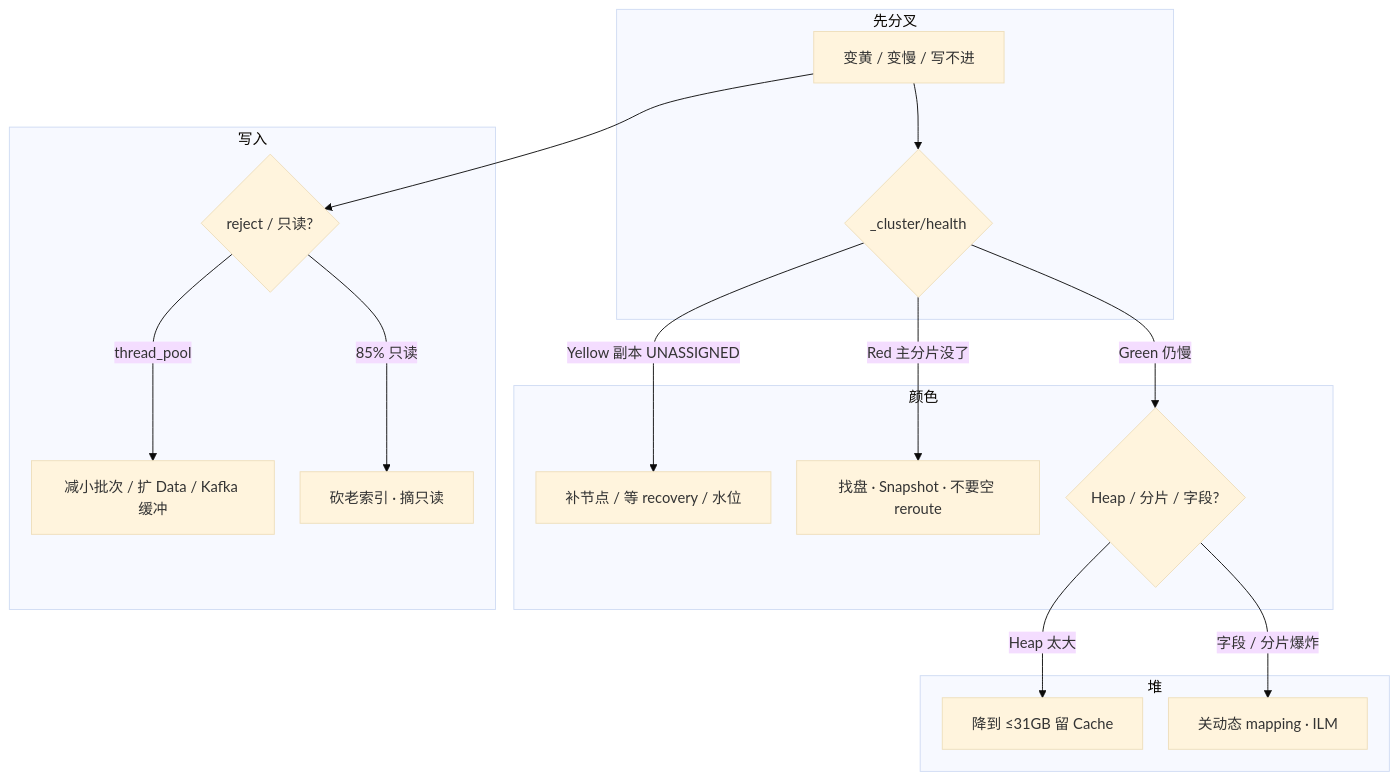
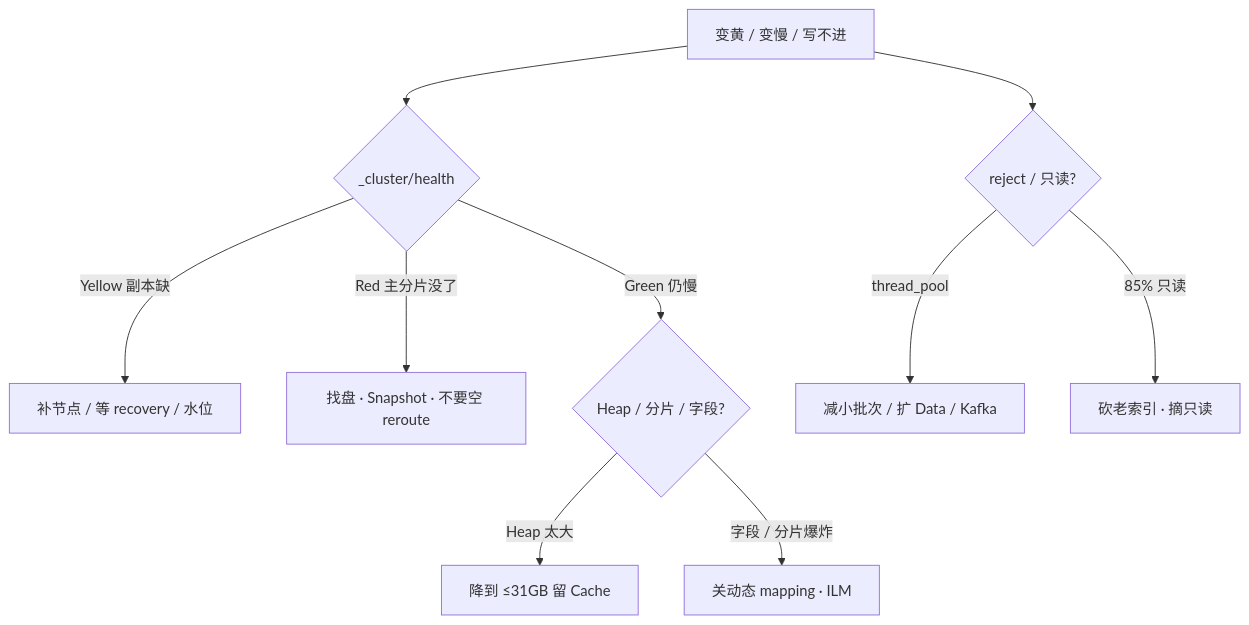
The sixth of 6 diagrams in 02-中间件与数据库/04-Elasticsearch/知识点.md (ml-cuizijun/LearnToLilith), drawn with Mermaid before and after one commit. The commit also changed other lines of this file and 178 other files, not shown here.

````diff
--- a/02-中间件与数据库/04-Elasticsearch/知识点.md
+++ b/02-中间件与数据库/04-Elasticsearch/知识点.md
@@ -654,28 +452,12 @@
 ```mermaid
-%%{init: {"flowchart": {"padding": 16, "nodeSpacing": 28, "rankSpacing": 48}, "theme": "base"}}%%
 flowchart TB
-    subgraph gate ["先分叉"]
-        A[变黄 / 变慢 / 写不进] --> B{_cluster/health}
-    end
-
-    subgraph color ["颜色"]
-        B -->|Yellow 副本 UNASSIGNED| C[补节点 / 等 recovery / 水位]
-        B -->|Red 主分片没了| D[找盘 · Snapshot · 不要空 reroute]
-        B -->|Green 仍慢| E{Heap / 分片 / 字段?}
-    end
-
-    subgraph write ["写入"]
-        A --> F{reject / 只读?}
-        F -->|thread_pool| G[减小批次 / 扩 Data / Kafka 缓冲]
-        F -->|85% 只读| H[砍老索引 · 摘只读]
-    end
-
-    subgraph gc ["堆"]
-        E -->|Heap 太大| I[降到 ≤31GB 留 Cache]
-        E -->|字段 / 分片爆炸| J[关动态 mapping · ILM]
-    end
-
-    class D,H bad
-    class C,I ok
-
+    A[变黄 / 变慢 / 写不进] --> B{_cluster/health}
+    B -->|Yellow 副本缺| C[补节点 / 等 recovery / 水位]
+    B -->|Red 主分片没了| D[找盘 · Snapshot · 不要空 reroute]
+    B -->|Green 仍慢| E{Heap / 分片 / 字段?}
+    A --> F{reject / 只读?}
+    F -->|thread_pool| G[减小批次 / 扩 Data / Kafka]
+    F -->|85% 只读| H[砍老索引 · 摘只读]
+    E -->|Heap 太大| I[降到 ≤31GB 留 Cache]
+    E -->|字段 / 分片爆炸| J[关动态 mapping · ILM]
 ```
````
